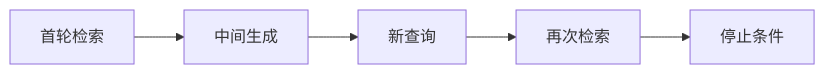
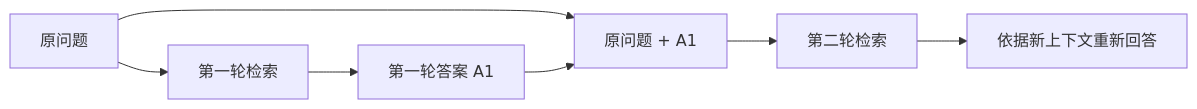
One commit to luyunix/rag_study changed the diagram in notes/09-advanced-retrieval/p058-系统性增强-迭代检索增强生成-从上一迭代收获信息.md. Above: the diagram before and after it, drawn with Mermaid. The commit also changed other lines of this file and 306 other files, not shown here.

````diff
--- a/notes/09-advanced-retrieval/p058-系统性增强-迭代检索增强生成-从上一迭代收获信息.md
+++ b/notes/09-advanced-retrieval/p058-系统性增强-迭代检索增强生成-从上一迭代收获信息.md
@@ -17,12 +19,9 @@
 ```mermaid
 flowchart LR
-    N0["首轮检索"]
-    N1["中间生成"]
-    N2["新查询"]
-    N3["再次检索"]
-    N4["停止条件"]
-    N0 --> N1
-    N1 --> N2
-    N2 --> N3
-    N3 --> N4
+    Q["原问题"] --> R1["第一轮检索"]
+    R1 --> A1["第一轮答案 A1"]
+    Q --> CQ["原问题 + A1"]
+    A1 --> CQ
+    CQ --> R2["第二轮检索"]
+    R2 --> A2["依据新上下文重新回答"]
 ```
````
